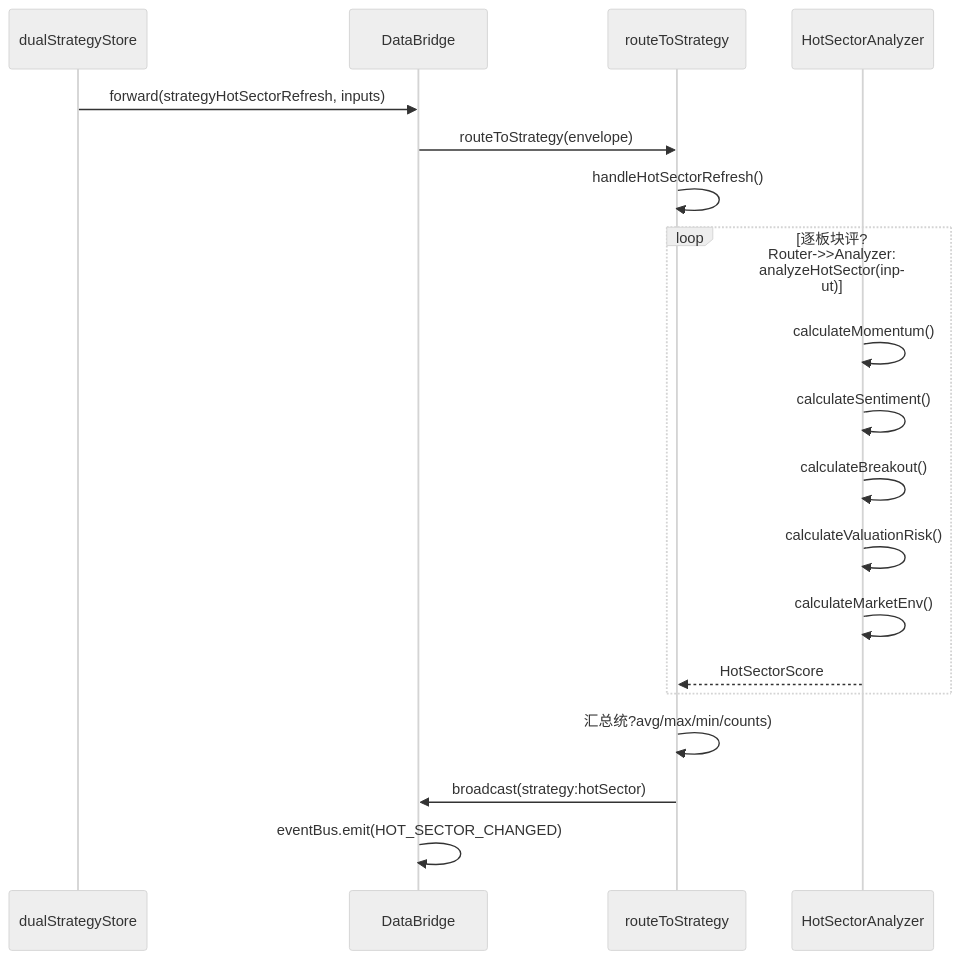
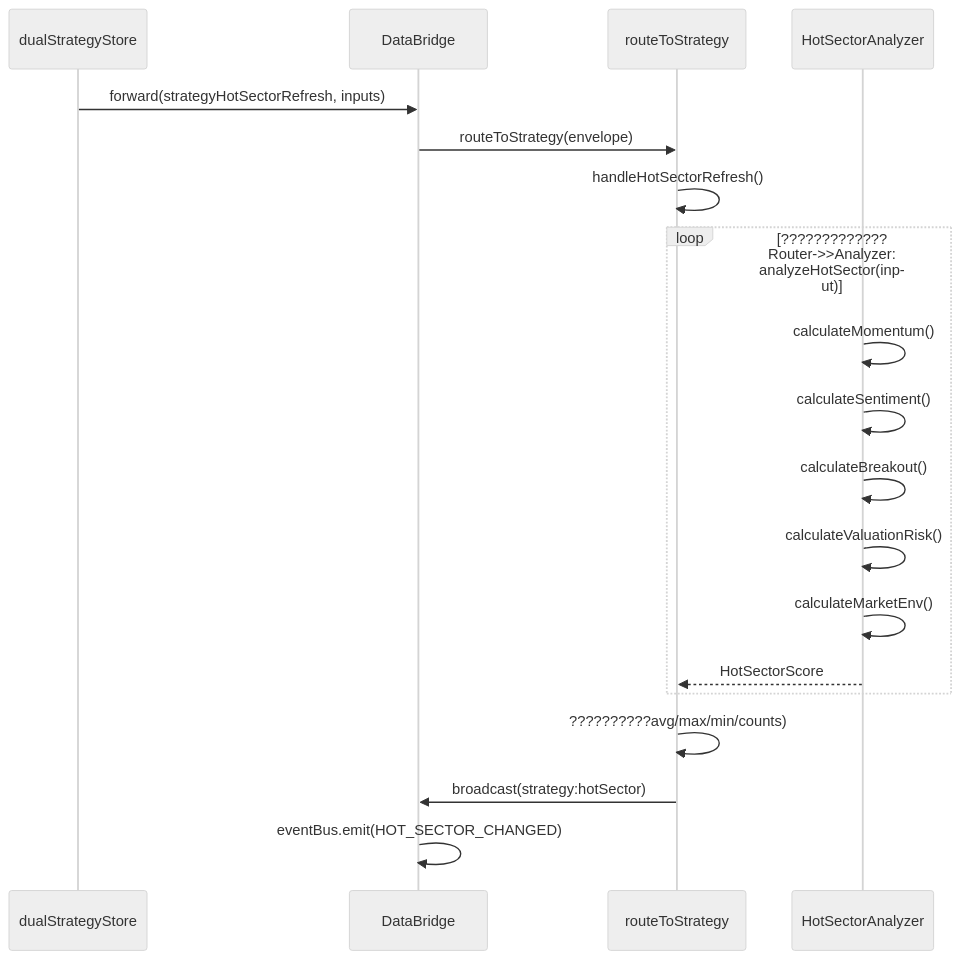
One commit to DHENGHONGYU/- changed the eighth of 19 diagrams in docs/explanation/design/databridge数据链路全景分析报告.md. Above: the diagram before and after it, drawn with Mermaid (neutral theme). The commit also changed other lines of this file and 664 other files, not shown here.

````diff
--- a/docs/explanation/design/databridge数据链路全景分析报告.md
+++ b/docs/explanation/design/databridge数据链路全景分析报告.md
@@ -347,24 +347,24 @@
 ```mermaid
 sequenceDiagram
     participant Store as dualStrategyStore
     participant DataBridge as DataBridge
     participant Router as routeToStrategy
     participant Analyzer as HotSectorAnalyzer
     
     Store->>DataBridge: forward(strategyHotSectorRefresh, inputs)
     DataBridge->>Router: routeToStrategy(envelope)
     Router->>Router: handleHotSectorRefresh()
     
-    loop 逐板块评?        Router->>Analyzer: analyzeHotSector(input)
+    loop ?????????????        Router->>Analyzer: analyzeHotSector(input)
         Analyzer->>Analyzer: calculateMomentum()
         Analyzer->>Analyzer: calculateSentiment()
         Analyzer->>Analyzer: calculateBreakout()
         Analyzer->>Analyzer: calculateValuationRisk()
         Analyzer->>Analyzer: calculateMarketEnv()
         Analyzer-->>Router: HotSectorScore
     end
     
-    Router->>Router: 汇总统?avg/max/min/counts)
+    Router->>Router: ??????????avg/max/min/counts)
     Router->>DataBridge: broadcast(strategy:hotSector)
     DataBridge->>DataBridge: eventBus.emit(HOT_SECTOR_CHANGED)
 ```
````
